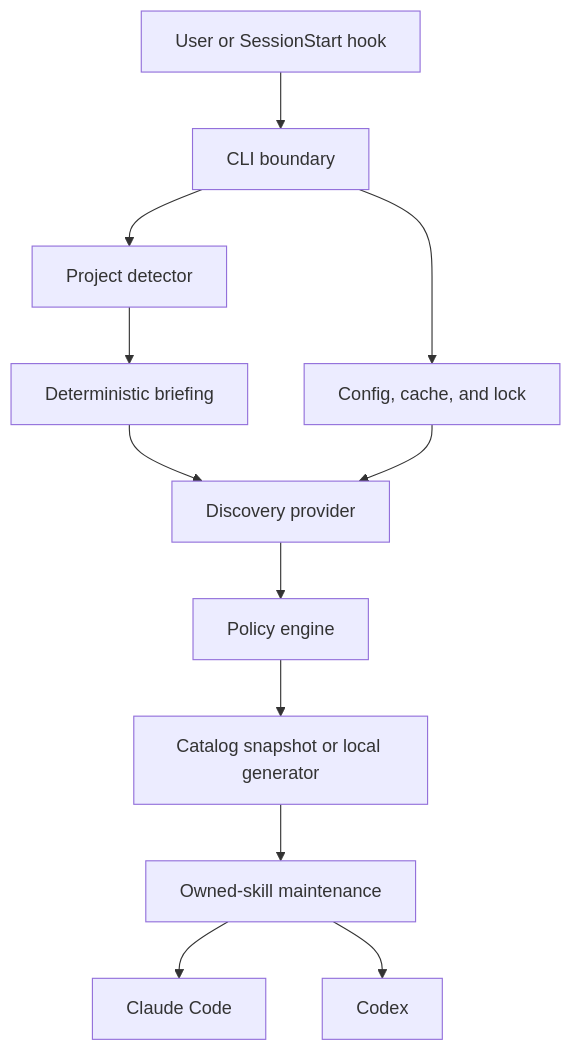
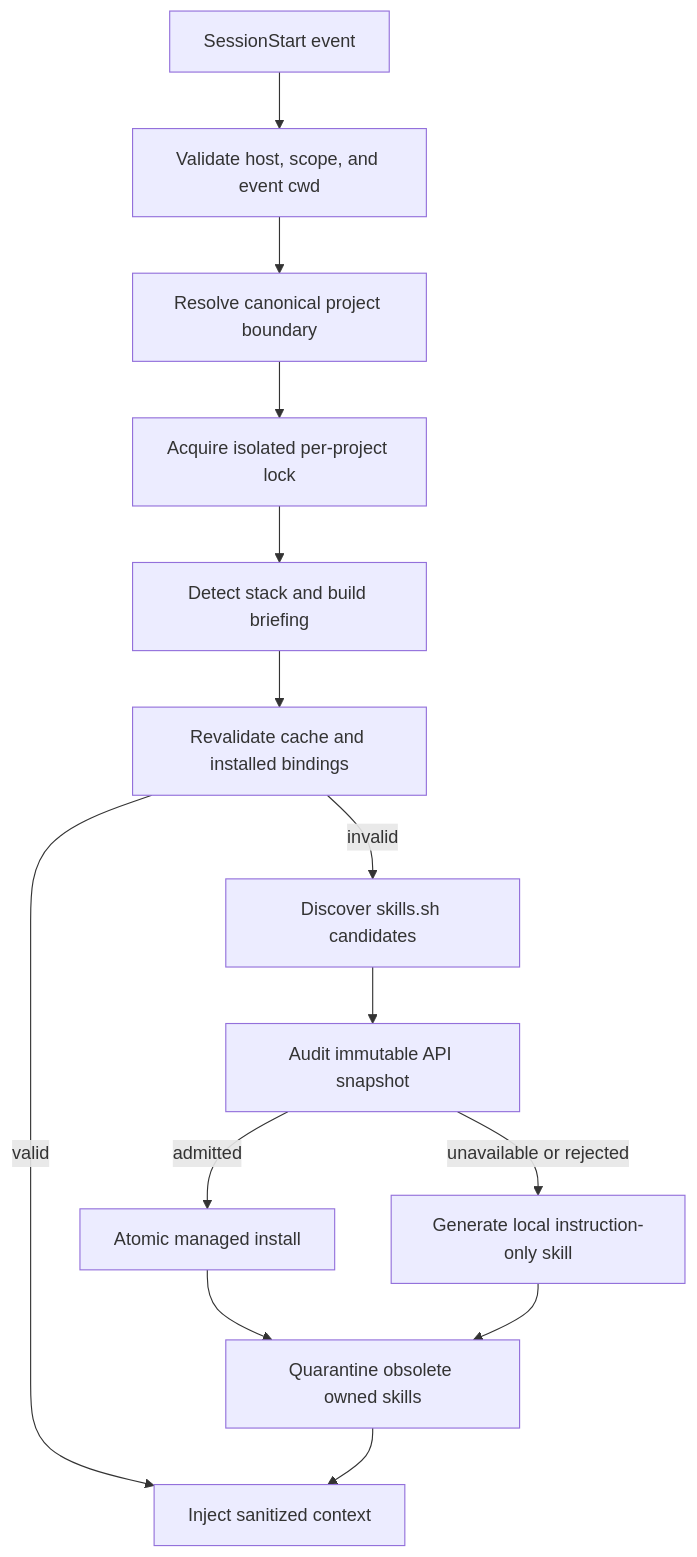
Before and after one commit to lucascharao/agent-skill-bootstrap: the diagram in docs/ARCHITECTURE.md, drawn with Mermaid. The commit also changed other lines of this file and 35 other files, not shown here.

````diff
--- a/docs/ARCHITECTURE.md
+++ b/docs/ARCHITECTURE.md
@@ -159,14 +21,16 @@
 ```mermaid
 flowchart TD
-    A[User or SessionStart hook] --> B[CLI boundary]
-    B --> C[Project detector]
-    B --> D[Config, cache, and lock]
-    C --> P[Deterministic briefing]
-    P --> E[Discovery provider]
-    D --> E
-    E --> F[Policy engine]
-    F --> G[Catalog snapshot or local generator]
-    G --> M[Owned-skill maintenance]
-    M --> H[Claude Code]
-    M --> I[Codex]
+    A[SessionStart event] --> B[Validate host, scope, and event cwd]
+    B --> C[Resolve canonical project boundary]
+    C --> D[Acquire isolated per-project lock]
+    D --> E[Detect stack and build briefing]
+    E --> F[Revalidate cache and installed bindings]
+    F -->|valid| K[Inject sanitized context]
+    F -->|invalid| G[Discover skills.sh candidates]
+    G --> H[Audit immutable API snapshot]
+    H -->|admitted| I[Atomic managed install]
+    H -->|unavailable or rejected| J[Generate local instruction-only skill]
+    I --> L[Quarantine obsolete owned skills]
+    J --> L
+    L --> K
 ```
````
